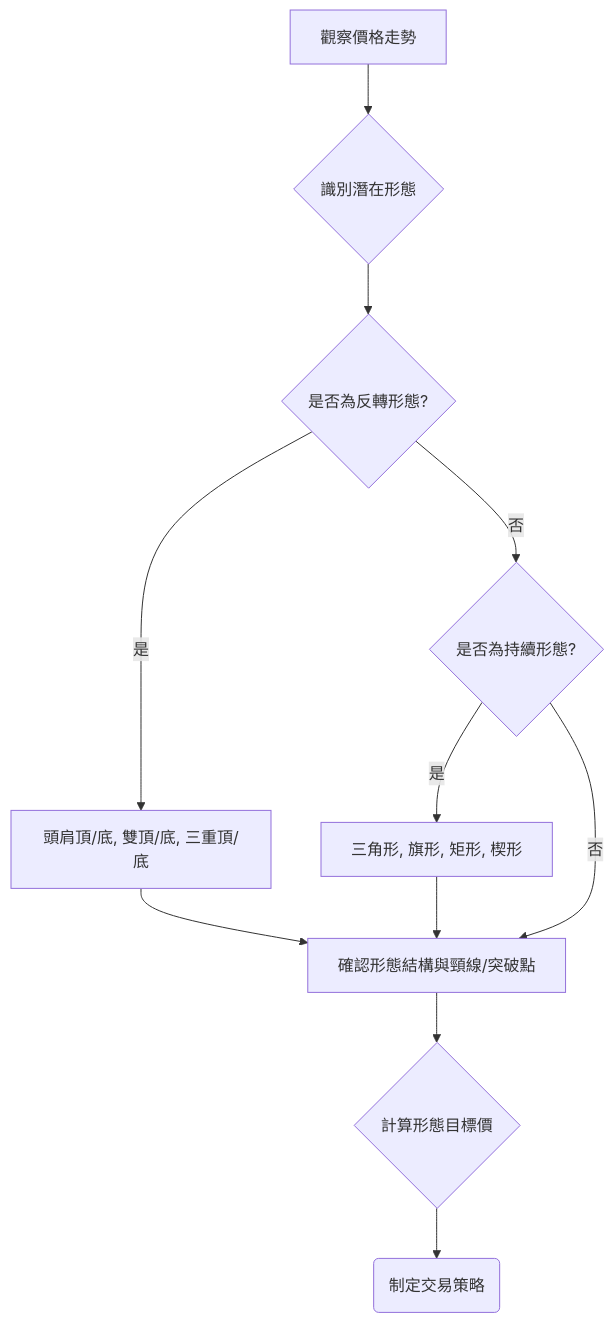
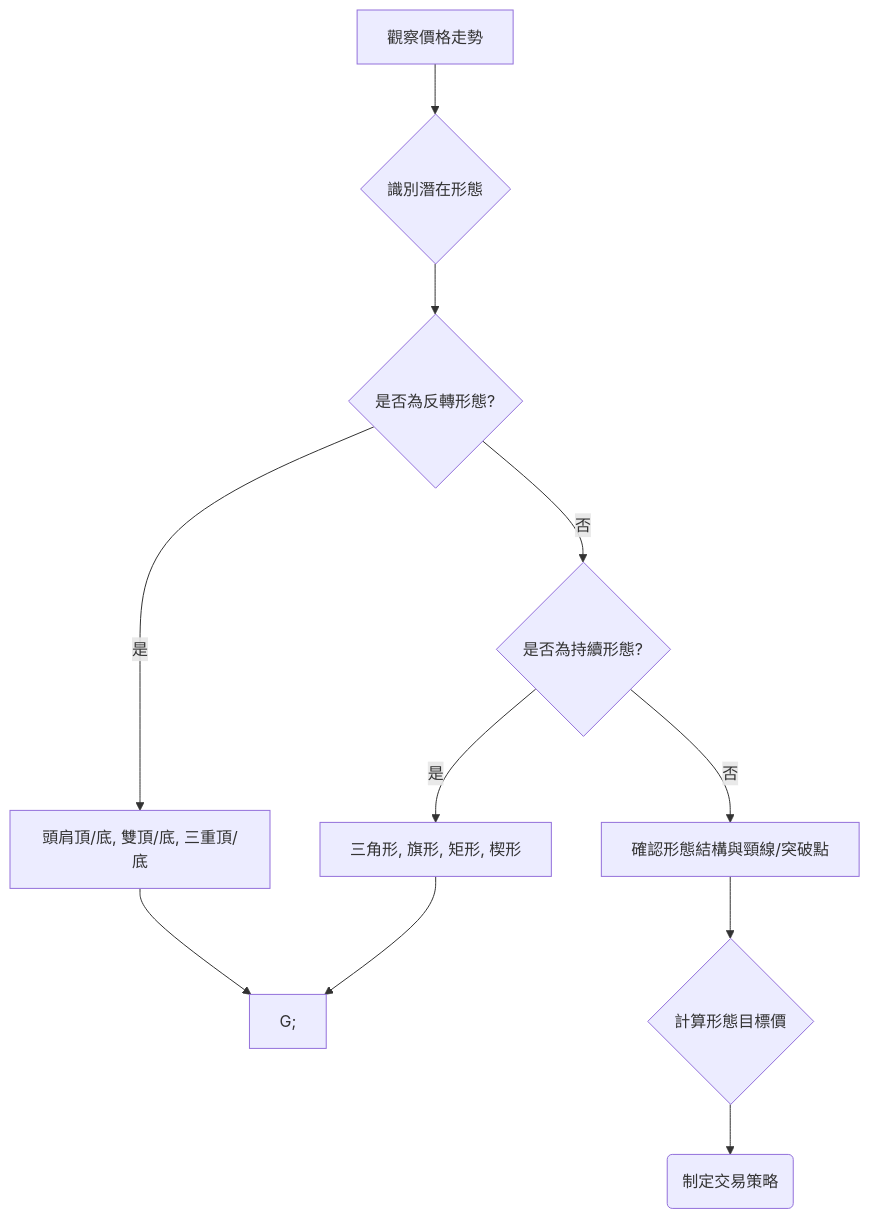
The fourth of 12 diagrams in ai_gen_report/stock/0050/technical_analysis_2026-06-28_gemini.md (yennanliu/finance_data), drawn with Mermaid before and after one commit. The commit also changed other lines of this file and 2258 other files, not shown here.

First line of the commit message:
chore: backfill Mermaid syntax repair across existing reports

````diff
--- a/ai_gen_report/stock/0050/technical_analysis_2026-06-28_gemini.md
+++ b/ai_gen_report/stock/0050/technical_analysis_2026-06-28_gemini.md
@@ -226,13 +226,13 @@
 ```mermaid
 graph TD
-    A[觀察價格走勢] --> B{識別潛在形態};
-    B --> C{是否為反轉形態?};
-    C -- 是 --> D[頭肩頂/底, 雙頂/底, 三重頂/底];
-    C -- 否 --> E{是否為持續形態?};
-    E -- 是 --> F[三角形, 旗形, 矩形, 楔形];
-    E -- 否 --> G[確認形態結構與頸線/突破點];
-    D --> G;
-    F --> G;
-    G --> H{計算形態目標價};
-    H --> I(制定交易策略);
+    A["觀察價格走勢"] --> B{"識別潛在形態"};
+    B --> C{"是否為反轉形態?"};
+    C -- 是 --> D["頭肩頂/底, 雙頂/底, 三重頂/底"];
+    C -- 否 --> E{"是否為持續形態?"};
+    E -- 是 --> F["三角形, 旗形, 矩形, 楔形"];
+    E -- 否 --> G["確認形態結構與頸線/突破點"];
+    D --> nb1["G;"]
+    F --> nb1["G;"]
+    G --> H{"計算形態目標價"};
+    H --> I("制定交易策略");
 ```
````
